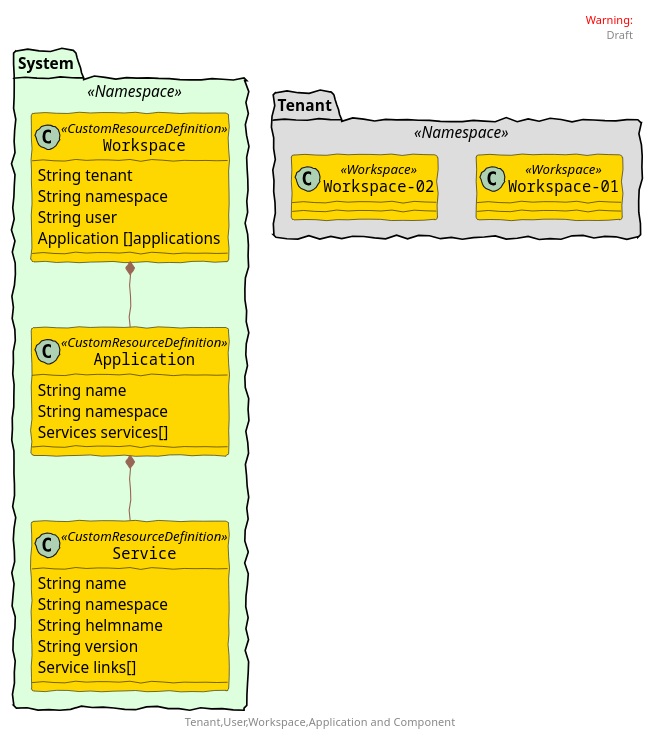
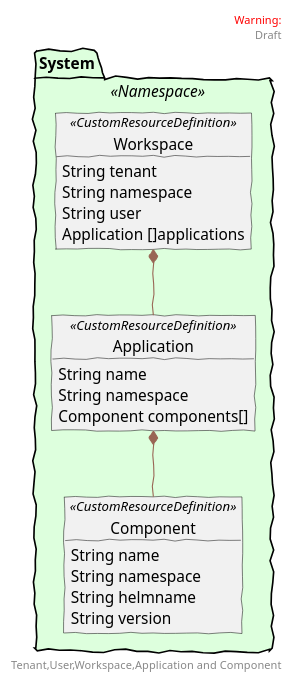
One commit to enablecloud/kulbe changed the diagram in doc/schema/WorkspaceClass.puml. Above: the diagram before and after it, drawn with PlantUML. The commit also changed 8 other files, not shown here.

Commit message:
Add schema and doc

```diff
--- a/doc/schema/WorkspaceClass.puml
+++ b/doc/schema/WorkspaceClass.puml
@@ -1,73 +1,65 @@
 @startuml
 
 ' color to use
 ' #FFB05A
 ' #FFB05A
 ' #D5E821
 ' #31FFB4
 ' #514BEF
 skinparam handwritten true
 
 skinparam interface {
   backgroundColor RosyBrown
   borderColor orange
 }
 
 skinparam class {
 	ArrowColor DeepSkyBlue
 	ActorBorderColor DeepSkyBlue
     BackgroundColor<<Apache>> Red
     BorderColor<<Apache>> #FF6655
     FontName Courier
     BackgroundColor <<Blue>> DeepSkyBlue
     BorderColor black
     BackgroundColor gold
     ArrowFontName Impact
     ArrowColor #996655
     ArrowFontColor #777777
 
 }
 
 header
 <font color=red>Warning:</font>
 Draft
 endheader
 center footer Tenant,User,Workspace,Application and Component
 
 
 package "System" <<Namespace>>#DDFFDD {
-  class Workspace <<CustomResourceDefinition>>{
+  object Workspace <<CustomResourceDefinition>>{
     String tenant
     String namespace
     String user
     Application []applications
   }
-  class Application <<CustomResourceDefinition>>{
+  object Application <<CustomResourceDefinition>>{
       String name
       String namespace
-      Services services[]
+      Component components[]
     }
-  class Service <<CustomResourceDefinition>>{
+  object Component <<CustomResourceDefinition>>{
       String name
       String namespace
       String helmname
       String version
-      Service links[]
   }
   Workspace *-- Application
-  Application *-- Service
-}
-package "Tenant" <<Namespace>>#DDDDDD {
-    class Workspace-01 <<Workspace>>
-    class Workspace-02 <<Workspace>>
-}
-package "Tenant" <<Namespace>>#DDDDDD {
-    class Workspace-01 <<Workspace>>
-    class Workspace-02 <<Workspace>>
+  Application *-- Component
 }
 
 
 
 
 
+
 @enduml
```
